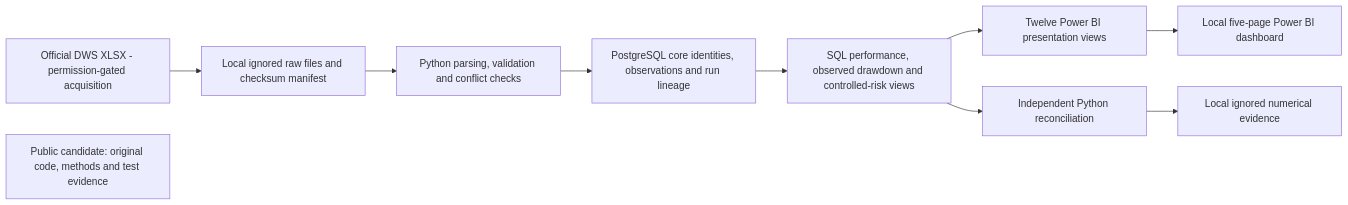
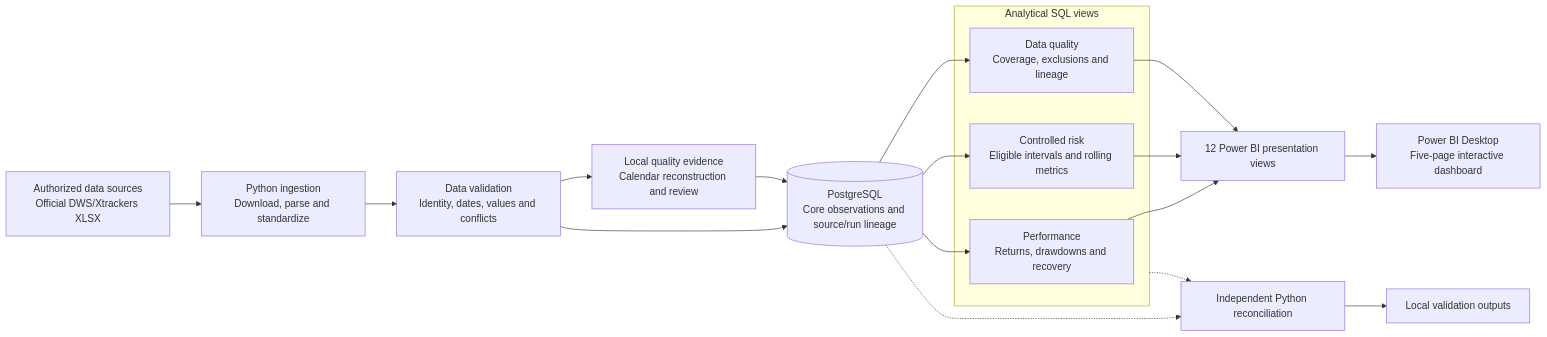
Before and after one commit to aarshad002/investment-fund-analytics: the diagram in README.md, drawn with Mermaid. The commit also changed other lines of this file, not shown here.

Commit message:
docs: improve project README and architecture documentation

````diff
--- a/README.md
+++ b/README.md
@@ -20,12 +24,23 @@
 ```mermaid
 flowchart LR
-    A[Official DWS XLSX - permission-gated acquisition] --> B[Local ignored raw files and checksum manifest]
-    B --> C[Python parsing, validation and conflict checks]
-    C --> D[PostgreSQL core identities, observations and run lineage]
-    D --> E[SQL performance, observed drawdown and controlled-risk views]
-    E --> F[Twelve Power BI presentation views]
-    F --> G[Local five-page Power BI dashboard]
-    E --> H[Independent Python reconciliation]
-    H --> I[Local ignored numerical evidence]
-    J[Public candidate: original code, methods and test evidence]
+    A["Authorized data sources<br/>Official DWS/Xtrackers XLSX"] --> B["Python ingestion<br/>Download, parse and standardize"]
+    B --> C["Data validation<br/>Identity, dates, values and conflicts"]
+    C --> D[("PostgreSQL<br/>Core observations and source/run lineage")]
+    C --> Q["Local quality evidence<br/>Calendar reconstruction and review"]
+    Q --> D
+    subgraph Analytics["Analytical SQL views"]
+        E["Performance<br/>Returns, drawdowns and recovery"]
+        F["Controlled risk<br/>Eligible intervals and rolling metrics"]
+        H["Data quality<br/>Coverage, exclusions and lineage"]
+    end
+    D --> E
+    D --> F
+    D --> H
+    E --> P["12 Power BI presentation views"]
+    F --> P
+    H --> P
+    P --> G["Power BI Desktop<br/>Five-page interactive dashboard"]
+    D -.-> V["Independent Python reconciliation"]
+    Analytics -.-> V
+    V --> O["Local validation outputs"]
 ```
````
